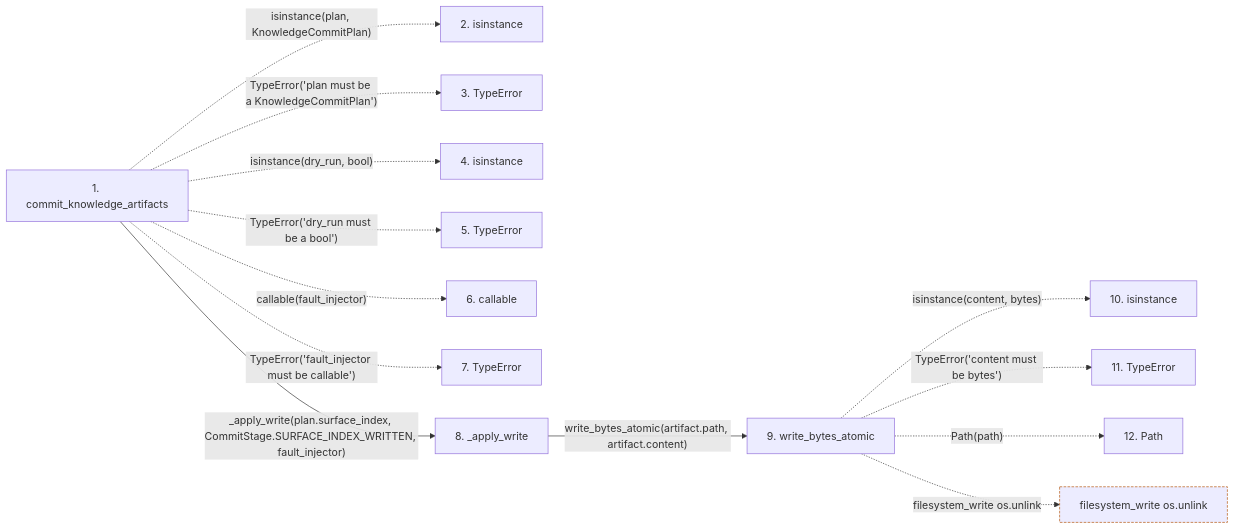
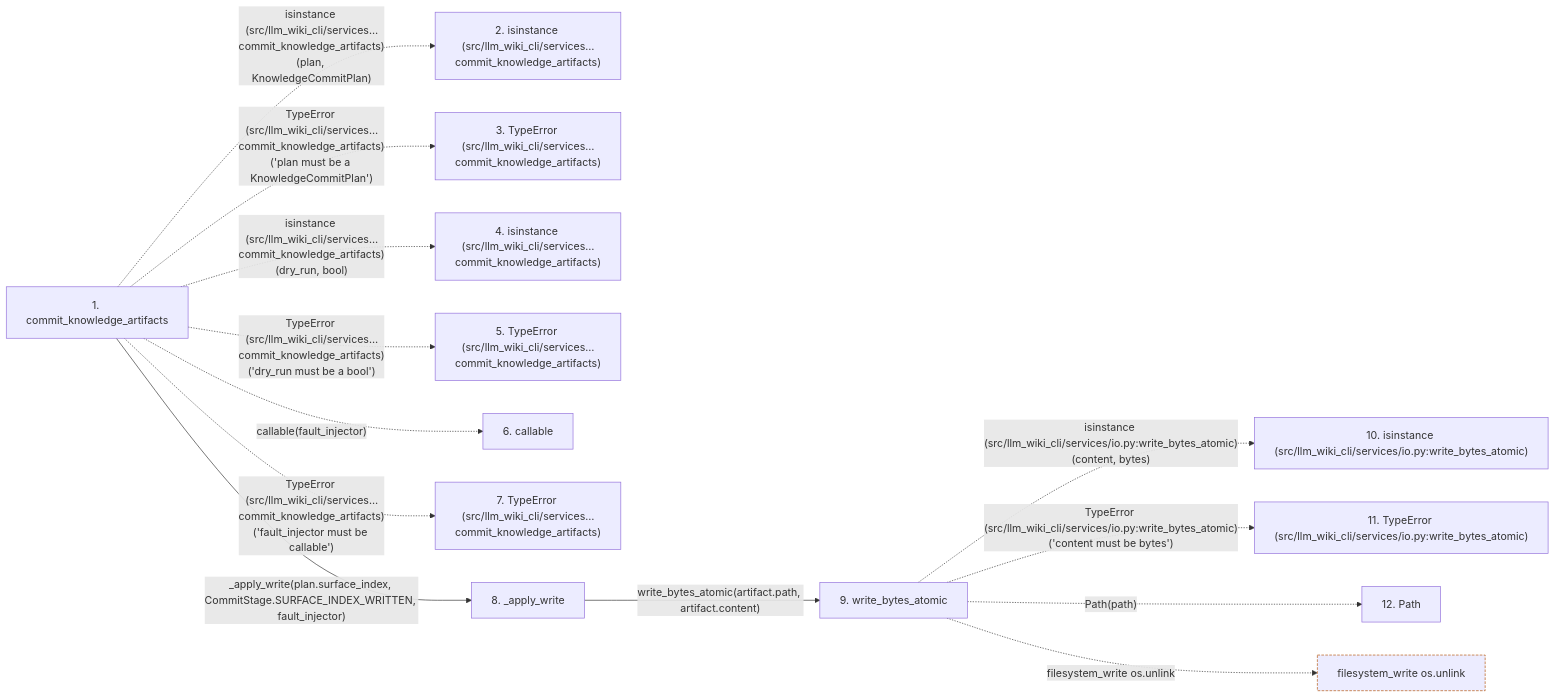
The second of 2 diagrams in docs/llm_wiki/flows/api-commit_knowledge_artifacts.md (Denissvgn/python-wiki-llm), drawn with Mermaid before and after one commit. The commit also changed other lines of this file and 719 other files, not shown here.

Commit message:
docs: refresh wiki while retaining archived workflow content

````diff
--- a/docs/llm_wiki/flows/api-commit_knowledge_artifacts.md
+++ b/docs/llm_wiki/flows/api-commit_knowledge_artifacts.md
@@ -69,33 +71,33 @@
 ```mermaid
 flowchart LR
     s1["1. commit_knowledge_artifacts"]
-    s2["2. isinstance"]
-    s3["3. TypeError"]
-    s4["4. isinstance"]
-    s5["5. TypeError"]
+    s2["2. isinstance (src/llm_wiki_cli/services…commit_knowledge_artifacts)"]
+    s3["3. TypeError (src/llm_wiki_cli/services…commit_knowledge_artifacts)"]
+    s4["4. isinstance (src/llm_wiki_cli/services…commit_knowledge_artifacts)"]
+    s5["5. TypeError (src/llm_wiki_cli/services…commit_knowledge_artifacts)"]
     s6["6. callable"]
-    s7["7. TypeError"]
+    s7["7. TypeError (src/llm_wiki_cli/services…commit_knowledge_artifacts)"]
     s8["8. _apply_write"]
     s9["9. write_bytes_atomic"]
-    s10["10. isinstance"]
-    s11["11. TypeError"]
+    s10["10. isinstance (src/llm_wiki_cli/services/io.py:write_bytes_atomic)"]
+    s11["11. TypeError (src/llm_wiki_cli/services/io.py:write_bytes_atomic)"]
     s12["12. Path"]
-    s1 -. "isinstance(plan, KnowledgeCommitPlan)" .-> s2
-    s1 -. "TypeError('plan must be a KnowledgeCommitPlan')" .-> s3
-    s1 -. "isinstance(dry_run, bool)" .-> s4
-    s1 -. "TypeError('dry_run must be a bool')" .-> s5
+    s1 -. "isinstance (src/llm_wiki_cli/services…commit_knowledge_artifacts)(plan, KnowledgeCommitPlan)" .-> s2
+    s1 -. "TypeError (src/llm_wiki_cli/services…commit_knowledge_artifacts)('plan must be a KnowledgeCommitPlan')" .-> s3
+    s1 -. "isinstance (src/llm_wiki_cli/services…commit_knowledge_artifacts)(dry_run, bool)" .-> s4
+    s1 -. "TypeError (src/llm_wiki_cli/services…commit_knowledge_artifacts)('dry_run must be a bool')" .-> s5
     s1 -. "callable(fault_injector)" .-> s6
-    s1 -. "TypeError('fault_injector must be callable')" .-> s7
+    s1 -. "TypeError (src/llm_wiki_cli/services…commit_knowledge_artifacts)('fault_injector must be callable')" .-> s7
     s1 -->|"_apply_write(plan.surface_index, CommitStage.SURFACE_INDEX_WRITTEN, fault_injector)"| s8
     s8 -->|"write_bytes_atomic(artifact.path, artifact.content)"| s9
-    s9 -. "isinstance(content, bytes)" .-> s10
-    s9 -. "TypeError('content must be bytes')" .-> s11
+    s9 -. "isinstance (src/llm_wiki_cli/services/io.py:write_bytes_atomic)(content, bytes)" .-> s10
+    s9 -. "TypeError (src/llm_wiki_cli/services/io.py:write_bytes_atomic)('content must be bytes')" .-> s11
     s9 -. "Path(path)" .-> s12
     b0["filesystem_write os.unlink"]
     s9 -. "filesystem_write os.unlink" .-> b0
     click s1 "../modules/knowledge_artifacts.md"
     click s8 "../modules/knowledge_artifacts.md"
     click s9 "../modules/io.md"
     classDef boundary stroke:#b45309,stroke-dasharray: 4 2
     class b0 boundary
 ```
````
